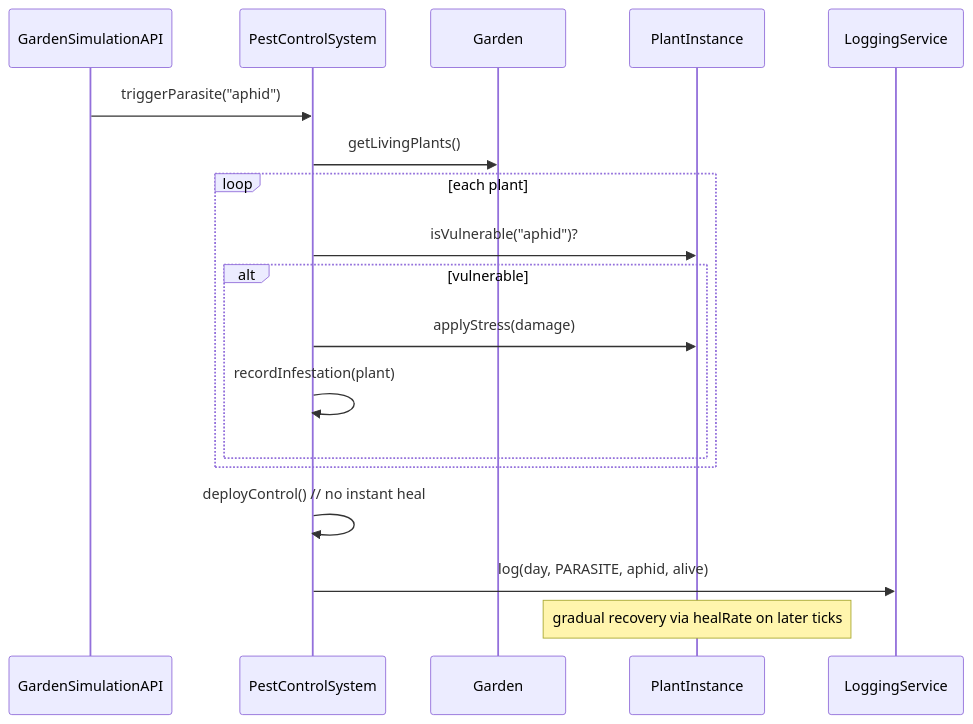
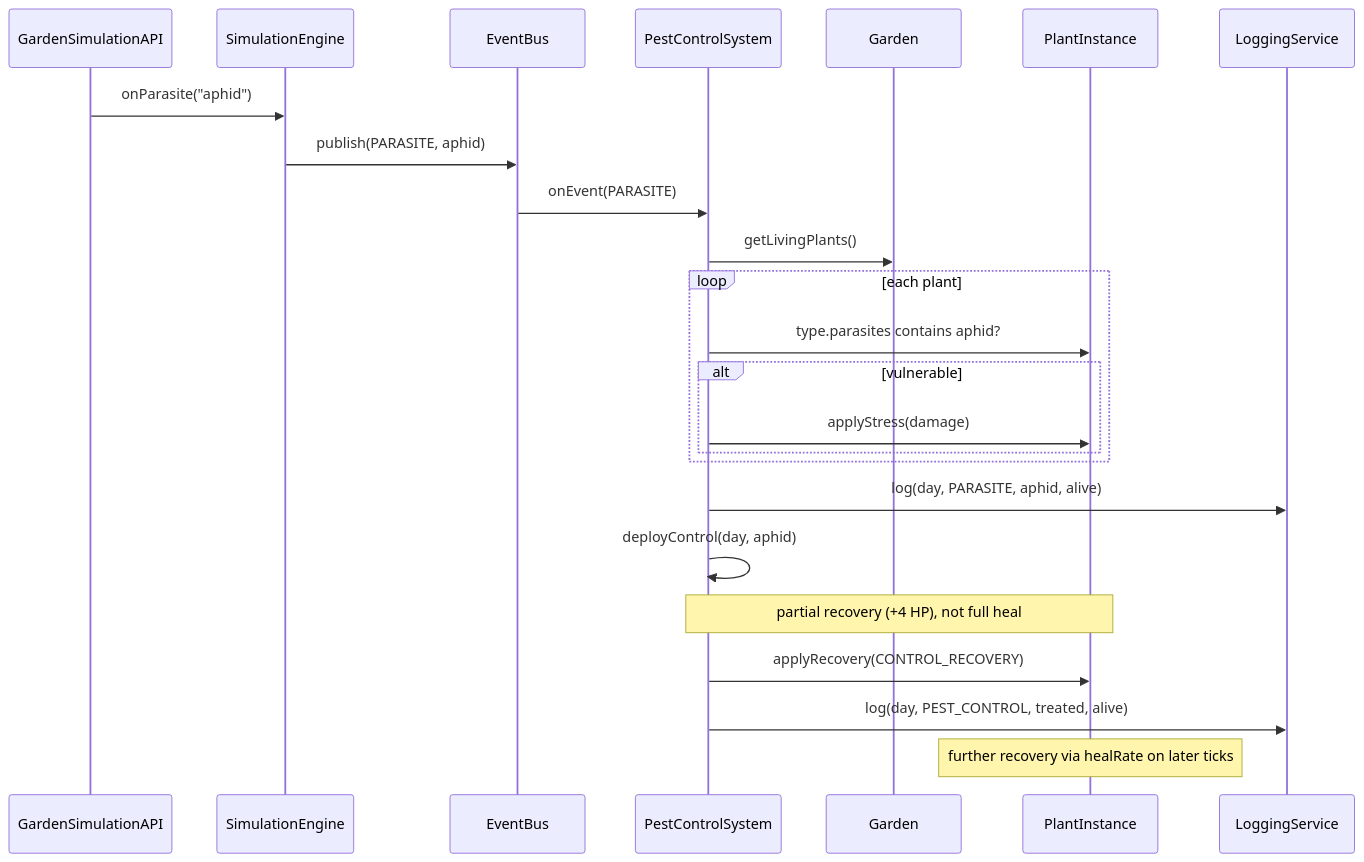
One commit to Calvingo/CSEN275_final_project changed the fifth of 8 diagrams in docs/02-uml-design.md. Above: the diagram before and after it, drawn with Mermaid. The commit also changed other lines of this file, not shown here.

Commit message:
Update UML design doc to match implementation

````diff
--- a/docs/02-uml-design.md
+++ b/docs/02-uml-design.md
@@ -282,21 +339,27 @@
 ```mermaid
 sequenceDiagram
     participant API as GardenSimulationAPI
+    participant Engine as SimulationEngine
+    participant Bus as EventBus
     participant Pest as PestControlSystem
     participant Garden
     participant Plant as PlantInstance
     participant Log as LoggingService
 
-    API->>Pest: triggerParasite("aphid")
+    API->>Engine: onParasite("aphid")
+    Engine->>Bus: publish(PARASITE, aphid)
+    Bus->>Pest: onEvent(PARASITE)
     Pest->>Garden: getLivingPlants()
     loop each plant
-        Pest->>Plant: isVulnerable("aphid")?
+        Pest->>Plant: type.parasites contains aphid?
         alt vulnerable
             Pest->>Plant: applyStress(damage)
-            Pest->>Pest: recordInfestation(plant)
         end
     end
-    Pest->>Pest: deployControl() // no instant heal
     Pest->>Log: log(day, PARASITE, aphid, alive)
-    Note over Plant: gradual recovery via healRate on later ticks
+    Pest->>Pest: deployControl(day, aphid)
+    Note over Pest,Plant: partial recovery (+4 HP), not full heal
+    Pest->>Plant: applyRecovery(CONTROL_RECOVERY)
+    Pest->>Log: log(day, PEST_CONTROL, treated, alive)
+    Note over Plant: further recovery via healRate on later ticks
 ```
````
